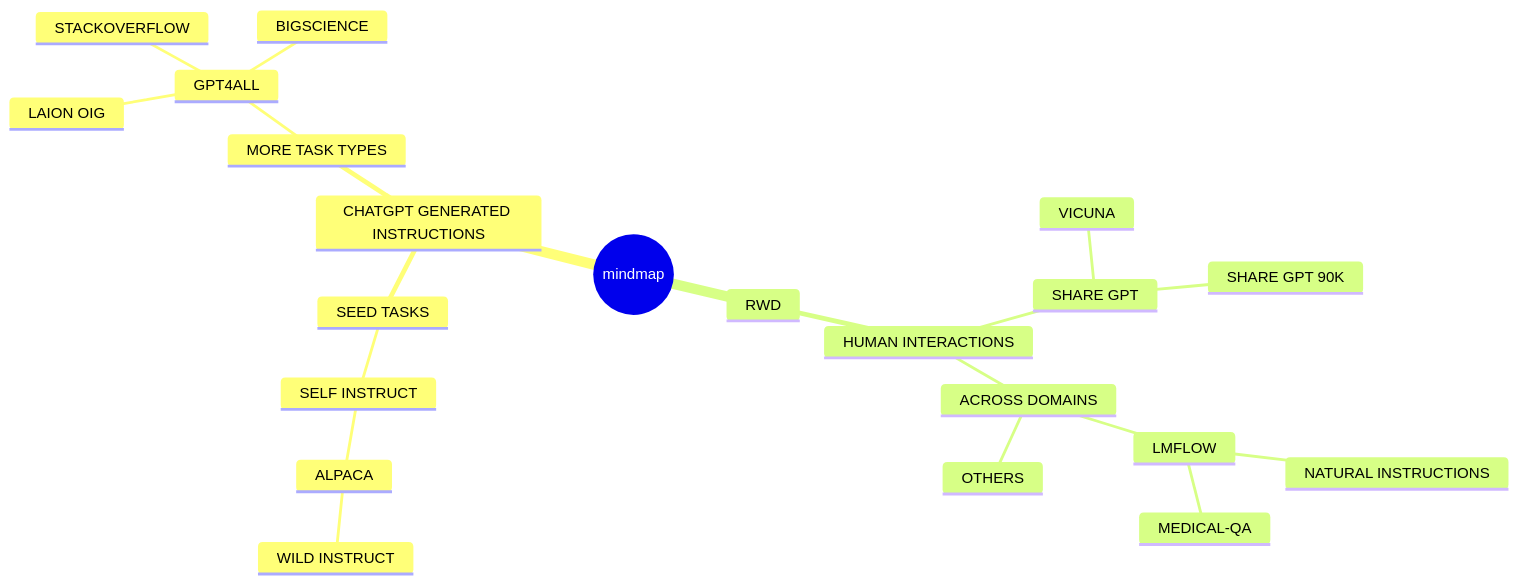
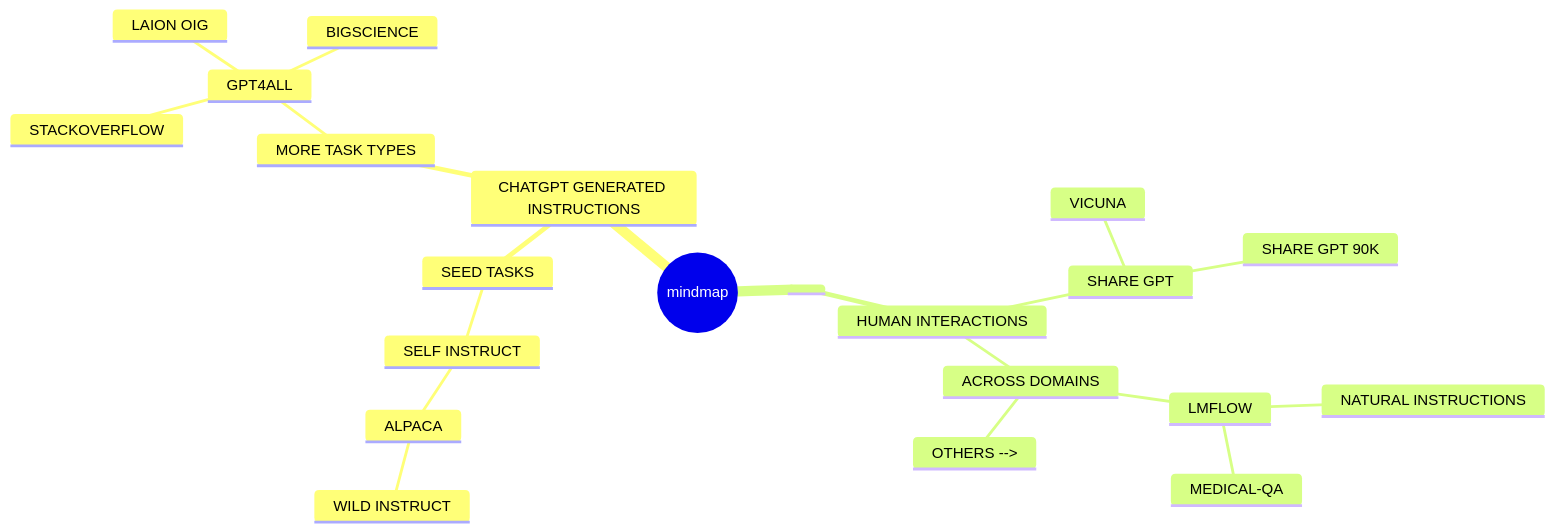
Before and after one commit to langbridgeai/Open-Instructions: the diagram in README.md, drawn with Mermaid.

````diff
--- a/README.md
+++ b/README.md
@@ -62,26 +62,26 @@
 ```mermaid
 mindmap
   root((mindmap))
     CHATGPT GENERATED INSTRUCTIONS
         SEED TASKS
             SELF INSTRUCT
                 ALPACA
                     WILD INSTRUCT
         MORE TASK TYPES
             GPT4ALL
                 LAION OIG
                 STACKOVERFLOW
                 BIGSCIENCE
-    RWD
+    <!-- RWD
       HUMAN INTERACTIONS
         SHARE GPT
             VICUNA
             SHARE GPT 90K
         ACROSS DOMAINS
             LMFLOW
                 NATURAL INSTRUCTIONS
                 MEDICAL-QA
-            OTHERS
+            OTHERS -->
 
 
 ```
````
